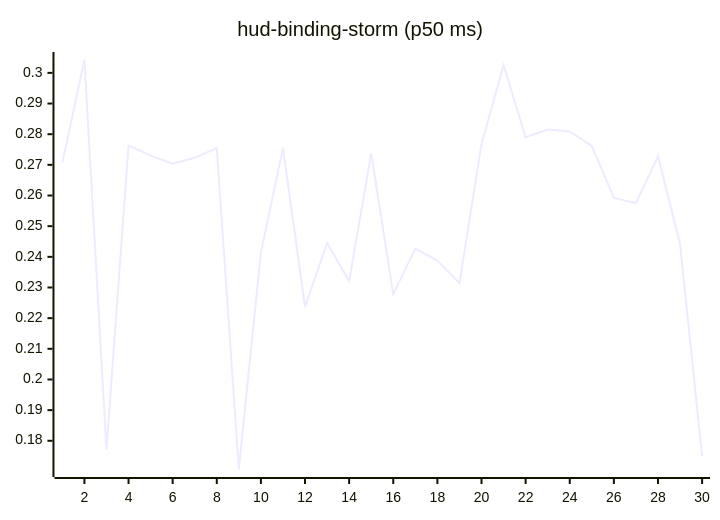
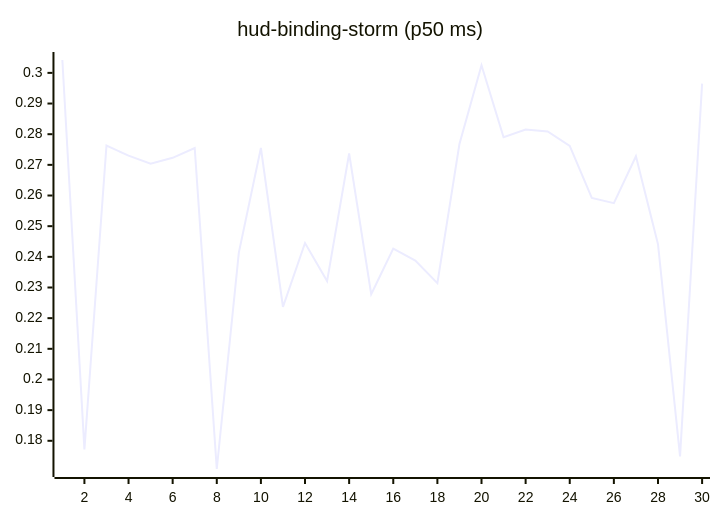
One commit to josha/Facet changed the tenth of 27 diagrams in README.md. Above: the diagram before and after it, drawn with Mermaid. The commit also changed other lines of this file and 2 other files, not shown here.

````diff
--- a/README.md
+++ b/README.md
@@ -126,6 +126,6 @@
 ```mermaid
 xychart-beta
     title "hud-binding-storm (p50 ms)"
     x-axis 1 --> 30
-    line [0.2707, 0.3042, 0.1772, 0.2763, 0.2730, 0.2704, 0.2723, 0.2755, 0.1708, 0.2414, 0.2755, 0.2237, 0.2445, 0.2321, 0.2737, 0.2278, 0.2427, 0.2388, 0.2314, 0.2768, 0.3025, 0.2790, 0.2815, 0.2809, 0.2762, 0.2592, 0.2575, 0.2728, 0.2441, 0.1749]
+    line [0.3042, 0.1772, 0.2763, 0.2730, 0.2704, 0.2723, 0.2755, 0.1708, 0.2414, 0.2755, 0.2237, 0.2445, 0.2321, 0.2737, 0.2278, 0.2427, 0.2388, 0.2314, 0.2768, 0.3025, 0.2790, 0.2815, 0.2809, 0.2762, 0.2592, 0.2575, 0.2728, 0.2441, 0.1749, 0.2965]
 ```
````
